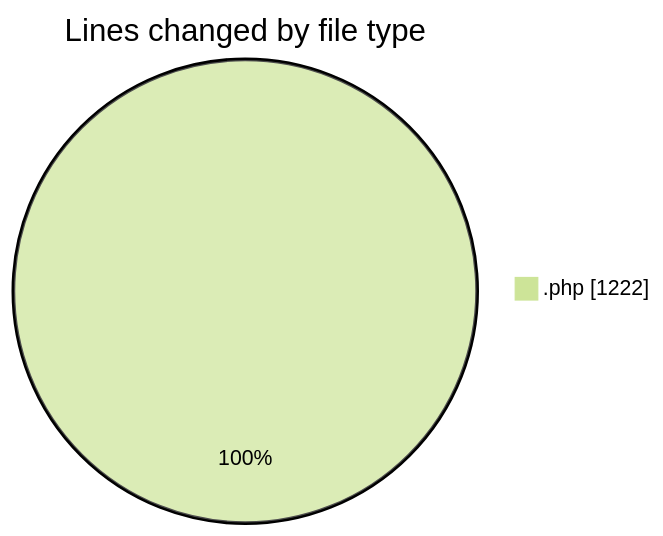
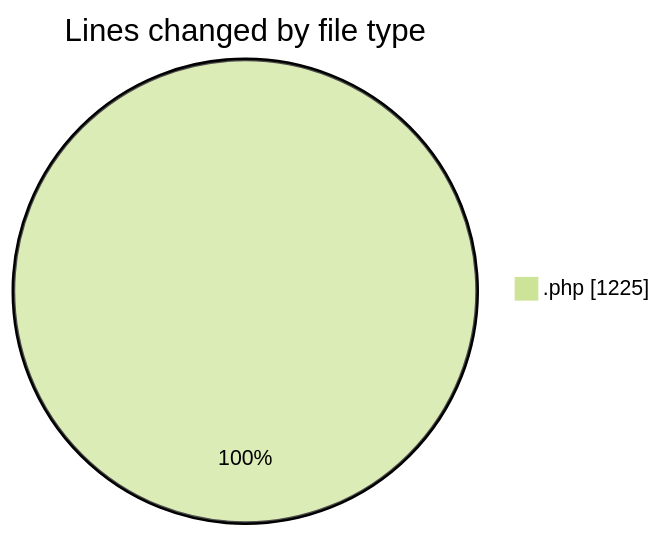
One commit to debugP/code-tracking changed the first of 2 diagrams in 2025-10-14/untitled__workspace_/README.md. Above: the diagram before and after it, drawn with Mermaid (forest theme). The commit also changed other lines of this file and 1 other file, not shown here.

````diff
--- a/2025-10-14/untitled__workspace_/README.md
+++ b/2025-10-14/untitled__workspace_/README.md
@@ -20,5 +20,5 @@
 ```mermaid
 pie showData
 title Lines changed by file type
-".php" : 1222
+".php" : 1225
 ```
````
